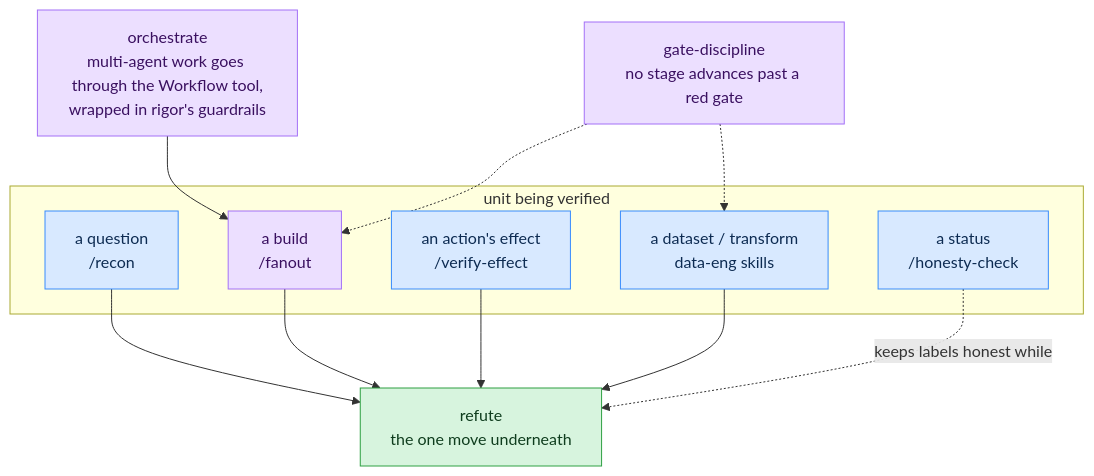
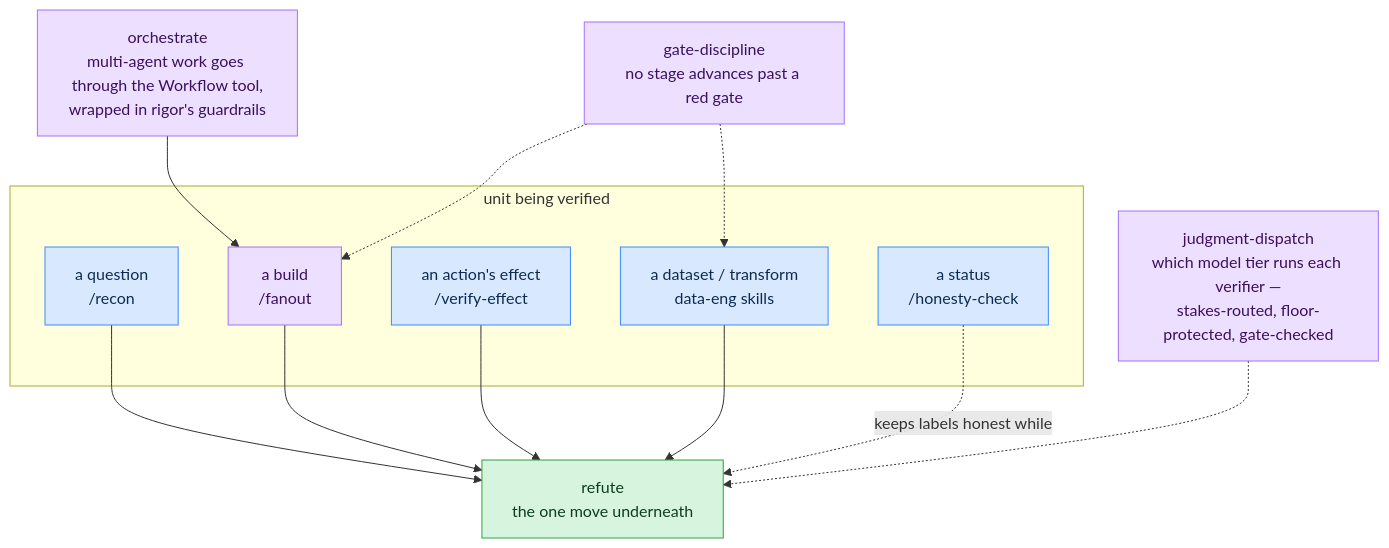
Before and after one commit to hossainpazooki/rigor: the third of 4 diagrams in README.md, drawn with Mermaid. The commit also changed other lines of this file, not shown here.

Commit message:
docs: surface model-tier dispatch in README pitch, layers, and own section

````diff
--- a/README.md
+++ b/README.md
@@ -85,25 +144,26 @@
 ```mermaid
 graph TD
     subgraph units["unit being verified"]
         Q["a question<br/>/recon"]
         B["a build<br/>/fanout"]
         E["an action's effect<br/>/verify-effect"]
         D["a dataset / transform<br/>data-eng skills"]
         S["a status<br/>/honesty-check"]
     end
     Q --> REF["refute<br/>the one move underneath"]
     B --> REF
     E --> REF
     D --> REF
     S -. keeps labels honest while .-> REF
     O["orchestrate<br/>multi-agent work goes through the Workflow tool,<br/>wrapped in rigor's guardrails"] --> B
     G["gate-discipline<br/>no stage advances past a red gate"] -.-> B
     G -.-> D
+    JD["judgment-dispatch<br/>which model tier runs each verifier —<br/>stakes-routed, floor-protected, gate-checked"] -.-> REF
 
     classDef p1 fill:#d7f4de,stroke:#2ea043,color:#0f3d1e;
     classDef p2 fill:#d8e9ff,stroke:#388bfd,color:#0d2b52;
     classDef p3 fill:#ecdfff,stroke:#a371f7,color:#3a1060;
     class REF p1;
     class Q,E,D,S p2;
-    class B,O,G p3;
+    class B,O,G,JD p3;
 ```
````
